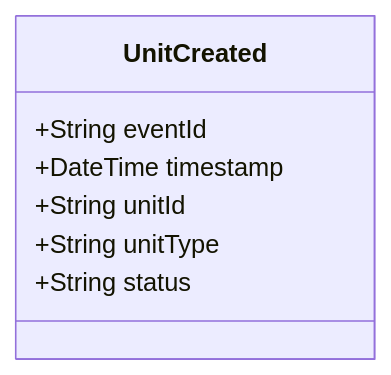
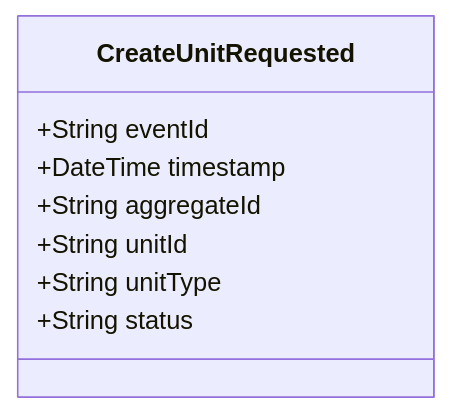
One commit to pgraff/police-system changed the diagram in doc/events/UnitCreated.md. Above: the diagram before and after it, drawn with Mermaid. The commit also changed other lines of this file and 58 other files, not shown here.

````diff
--- a/doc/events/UnitCreated.md
+++ b/doc/events/UnitCreated.md
@@ -9,10 +9,11 @@
 ```mermaid
 classDiagram
-    class UnitCreated {
+    class CreateUnitRequested {
         +String eventId
         +DateTime timestamp
+        +String aggregateId
         +String unitId
         +String unitType
         +String status
     }
 ```
````
